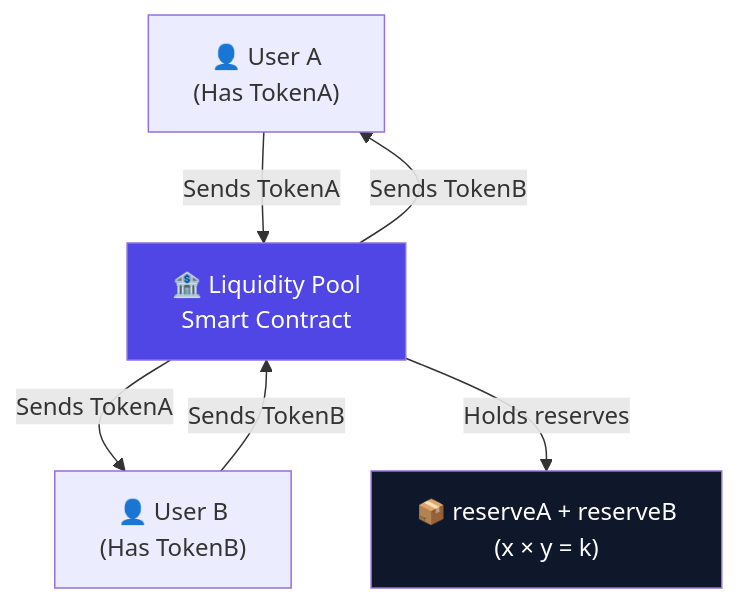
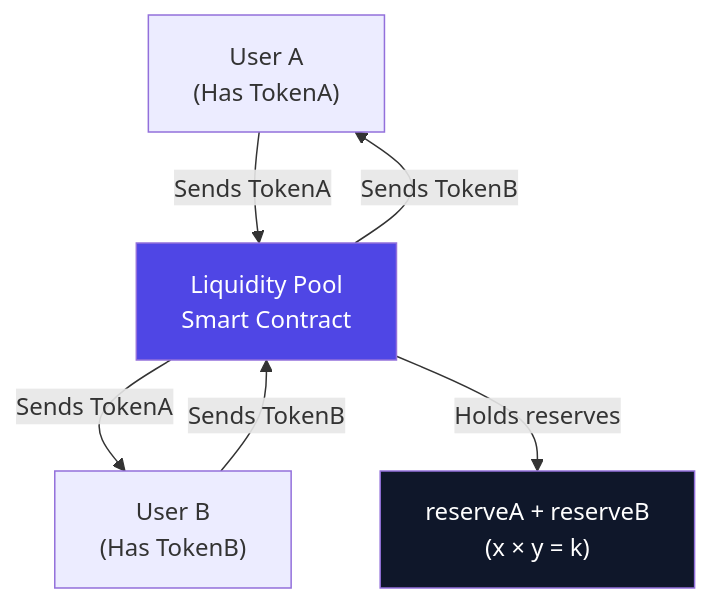
Before and after one commit to sohansarkar07/simple-dex-swap-liquidity-: the first of 8 diagrams in README.md, drawn with Mermaid. The commit also changed other lines of this file, not shown here.

````diff
--- a/README.md
+++ b/README.md
@@ -57,11 +57,11 @@
 ```mermaid
 graph TD
-    A["👤 User A\n(Has TokenA)"] -->|"Sends TokenA"| P["🏦 Liquidity Pool\nSmart Contract"]
+    A["User A\n(Has TokenA)"] -->|"Sends TokenA"| P["Liquidity Pool\nSmart Contract"]
     P -->|"Sends TokenB"| A
-    B["👤 User B\n(Has TokenB)"] -->|"Sends TokenB"| P
+    B["User B\n(Has TokenB)"] -->|"Sends TokenB"| P
     P -->|"Sends TokenA"| B
-    P -->|"Holds reserves"| R["📦 reserveA + reserveB\n(x × y = k)"]
+    P -->|"Holds reserves"| R["reserveA + reserveB\n(x × y = k)"]
 
     style P fill:#4f46e5,color:#fff
     style R fill:#0f172a,color:#fff
 ```
````
